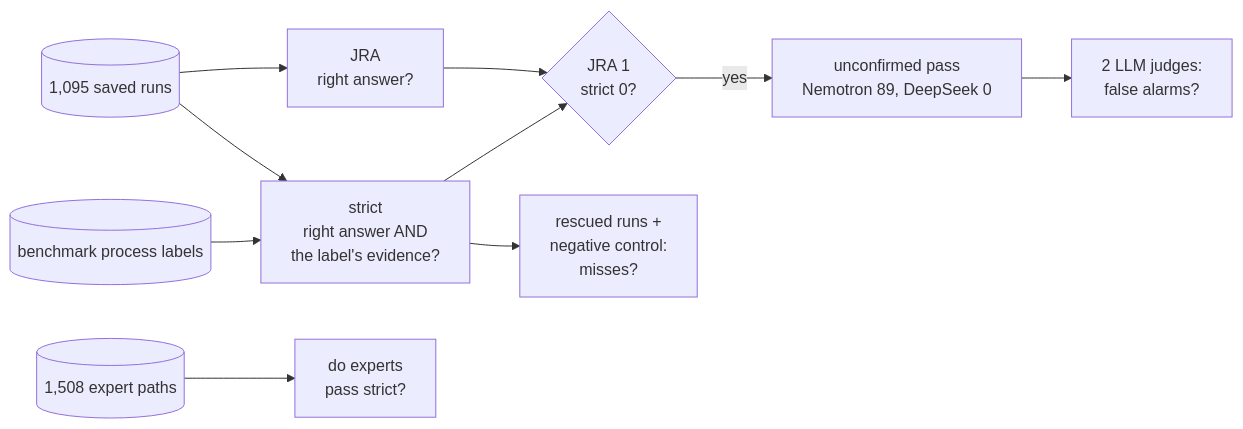
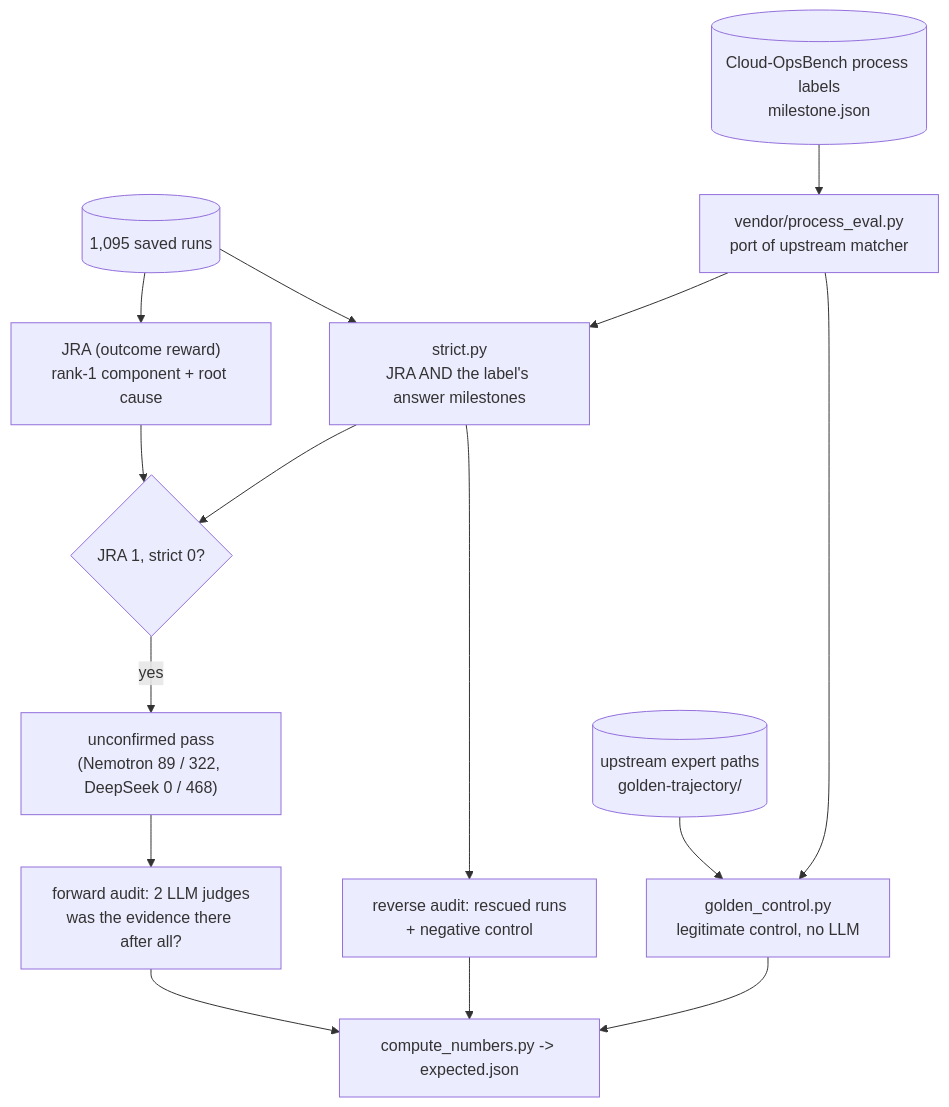
The third of 4 diagrams in README.md (aaryaupadhya12/Brownout), drawn with Mermaid before and after one commit. The commit also changed other lines of this file, not shown here.

Commit message:
docs(readme): add harness episode, full cloudops audit and swarm diagrams

````diff
--- a/README.md
+++ b/README.md
@@ -81,12 +104,17 @@
 ```mermaid
-flowchart LR
-    R[("1,095 saved runs")] --> JRA["JRA<br/>right answer?"]
-    R --> ST["strict<br/>right answer AND<br/>the label's evidence?"]
-    L[("benchmark process labels")] --> ST
-    JRA --> G{"JRA 1<br/>strict 0?"}
-    ST --> G
-    G -->|yes| U["unconfirmed pass<br/>Nemotron 89, DeepSeek 0"]
-    U --> C1["2 LLM judges:<br/>false alarms?"]
-    ST --> C2["rescued runs +<br/>negative control:<br/>misses?"]
-    X[("1,508 expert paths")] --> C3["do experts<br/>pass strict?"]
+flowchart TD
+    R[("1,095 saved runs")] --> J["JRA (outcome reward)<br/>rank-1 component + root cause"]
+    R --> S["strict.py<br/>JRA AND the label's answer milestones"]
+    L[("Cloud-OpsBench process labels<br/>milestone.json")] --> P["vendor/process_eval.py<br/>port of upstream matcher"]
+    P --> S
+    J --> G{"JRA 1, strict 0?"}
+    S --> G
+    G -->|yes| U["unconfirmed pass<br/>(Nemotron 89 / 322, DeepSeek 0 / 468)"]
+    U --> F["forward audit: 2 LLM judges<br/>was the evidence there after all?"]
+    S --> RV["reverse audit: rescued runs<br/>+ negative control"]
+    X[("upstream expert paths<br/>golden-trajectory/")] --> GC["golden_control.py<br/>legitimate control, no LLM"]
+    P --> GC
+    F --> N["compute_numbers.py -> expected.json"]
+    RV --> N
+    GC --> N
 ```
````
